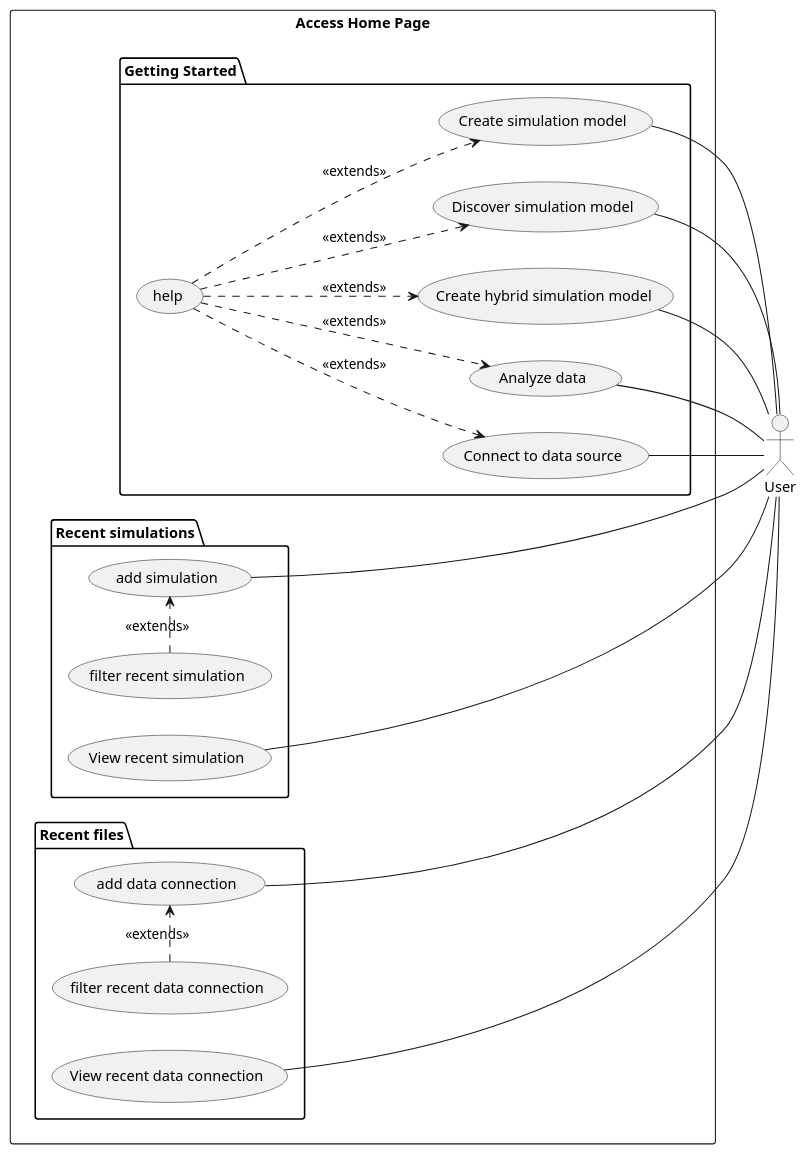
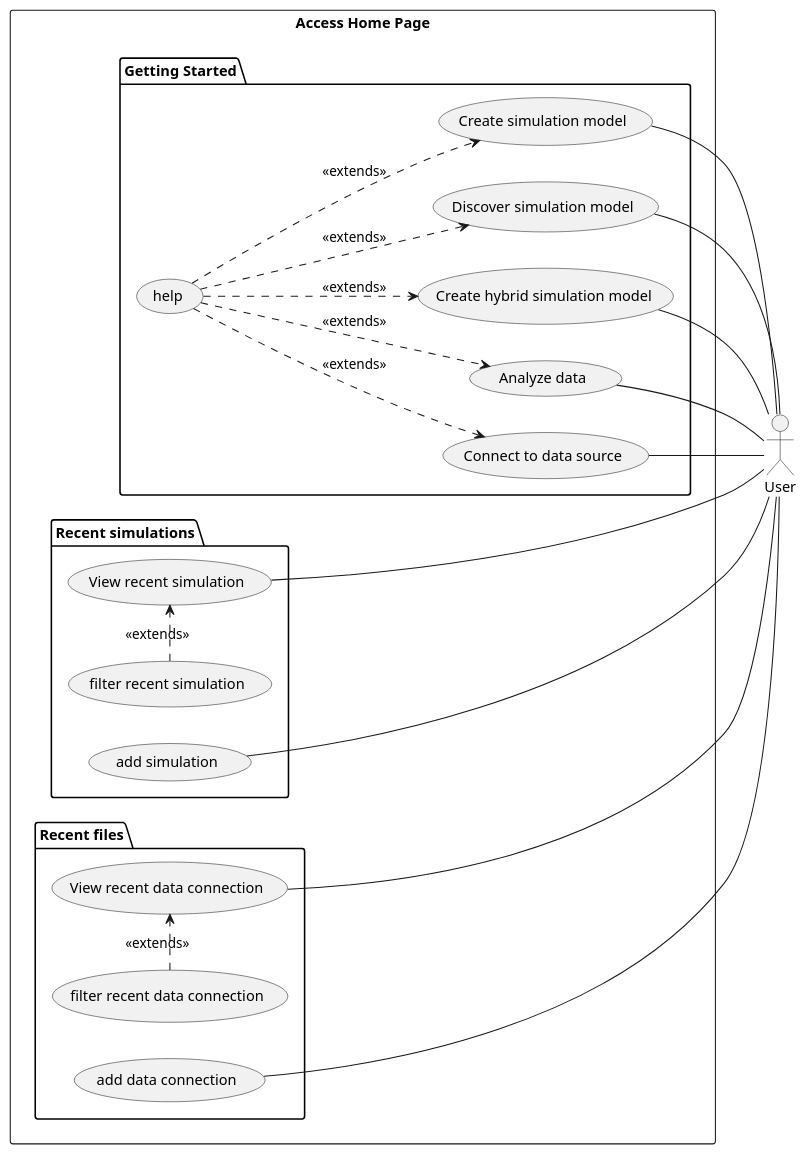
The diagram in ips/ips-simulator-web/src/main/ts/docs/ICONIX/use_case_diagram/UC02_access-home-page.plantuml (natanaelyabes/tips), drawn with PlantUML before and after one commit. The commit also changed 14 other files, not shown here.

Commit message:
+ sequence diagram

```diff
--- a/ips/ips-simulator-web/src/main/ts/docs/ICONIX/use_case_diagram/UC02_access-home-page.plantuml
+++ b/ips/ips-simulator-web/src/main/ts/docs/ICONIX/use_case_diagram/UC02_access-home-page.plantuml
@@ -1,48 +1,48 @@
 @startuml "Access Home Page"
 left to right direction
 
 actor :User: as user
 
 rectangle "Access Home Page" {
   package "Getting Started" as gs {
     usecase (Connect to data source) as uc_gs_1
     usecase (Create simulation model) as uc_gs_2
     usecase (Discover simulation model) as uc_gs_3
     usecase (Create hybrid simulation model) as uc_gs_4
     usecase (Analyze data) as uc_gs_5
 
     ' Help
     (help) ..> uc_gs_1 : <<extends>>
     (help) ..> uc_gs_2 : <<extends>>
     (help) ..> uc_gs_3 : <<extends>>
     (help) ..> uc_gs_4 : <<extends>>
     (help) ..> uc_gs_5 : <<extends>>
 
     ' Relationship
     uc_gs_1 -- user
     uc_gs_2 -- user
     uc_gs_3 -- user
     uc_gs_4 -- user
     uc_gs_5 -- user
   }
 
   package "Recent simulations" as rs {
     usecase (View recent simulation) as uc_rs_1
     usecase (add simulation) as uc_rs_2
-    (filter recent simulation) .> uc_rs_2 : <<extends>>
+    (filter recent simulation) .> uc_rs_1 : <<extends>>
 
     uc_rs_1 -- user
     uc_rs_2 -- user
   }
 
   package "Recent files" as rf {
     usecase (View recent data connection) as uc_rf_1
     usecase (add data connection) as uc_rf_2
-    (filter recent data connection) .> uc_rf_2 : <<extends>>
+    (filter recent data connection) .> uc_rf_1 : <<extends>>
 
     uc_rf_1 -- user
     uc_rf_2 -- user
   }
 }
 
 @enduml
```
